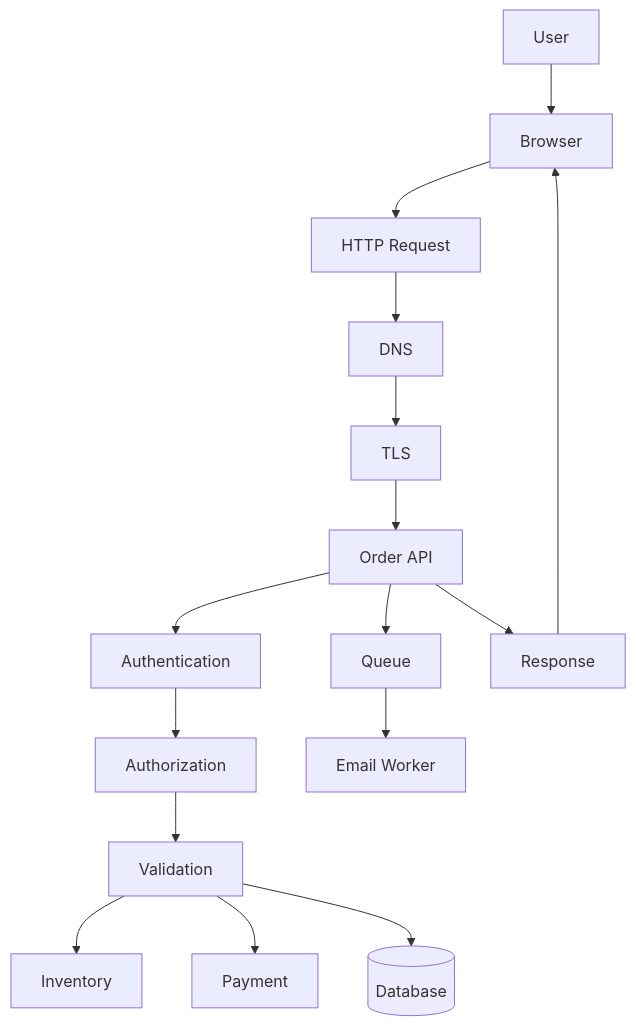
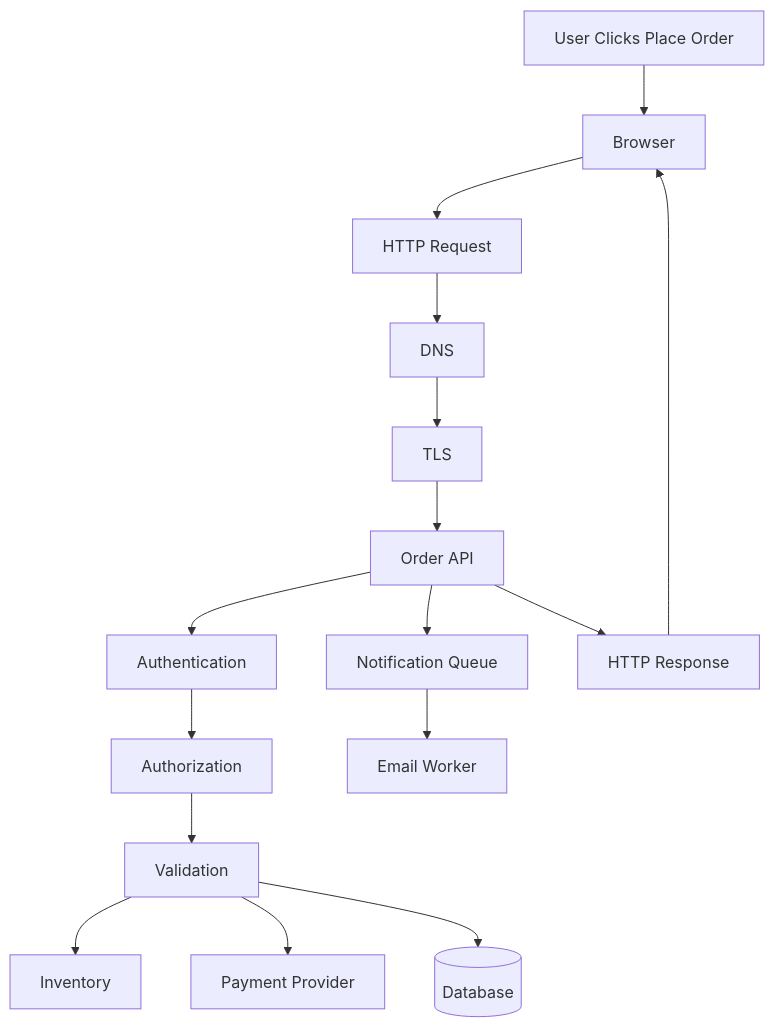
The third of 4 diagrams in 03-full-stack-web-dev/Foundation/QuizBank/Readme.md (seanwhs/Boot-Camps), drawn with Mermaid before and after one commit. The commit also changed other lines of this file, not shown here.

````diff
--- a/03-full-stack-web-dev/Foundation/QuizBank/Readme.md
+++ b/03-full-stack-web-dev/Foundation/QuizBank/Readme.md
@@ -494,18 +860,18 @@
 ```mermaid
 flowchart TD
-    U[User] --> B[Browser]
+    U[User Clicks Place Order] --> B[Browser]
     B --> R[HTTP Request]
     R --> DNS[DNS]
     DNS --> TLS[TLS]
     TLS --> API[Order API]
     API --> AUTH[Authentication]
     AUTH --> AZ[Authorization]
     AZ --> V[Validation]
     V --> INV[Inventory]
-    V --> PAY[Payment]
+    V --> PAY[Payment Provider]
     V --> DB[(Database)]
-    API --> Q[Queue]
-    Q --> EMAIL[Email Worker]
-    API --> RESP[Response]
+    API --> Q[Notification Queue]
+    Q --> W[Email Worker]
+    API --> RESP[HTTP Response]
     RESP --> B
 ```
````
